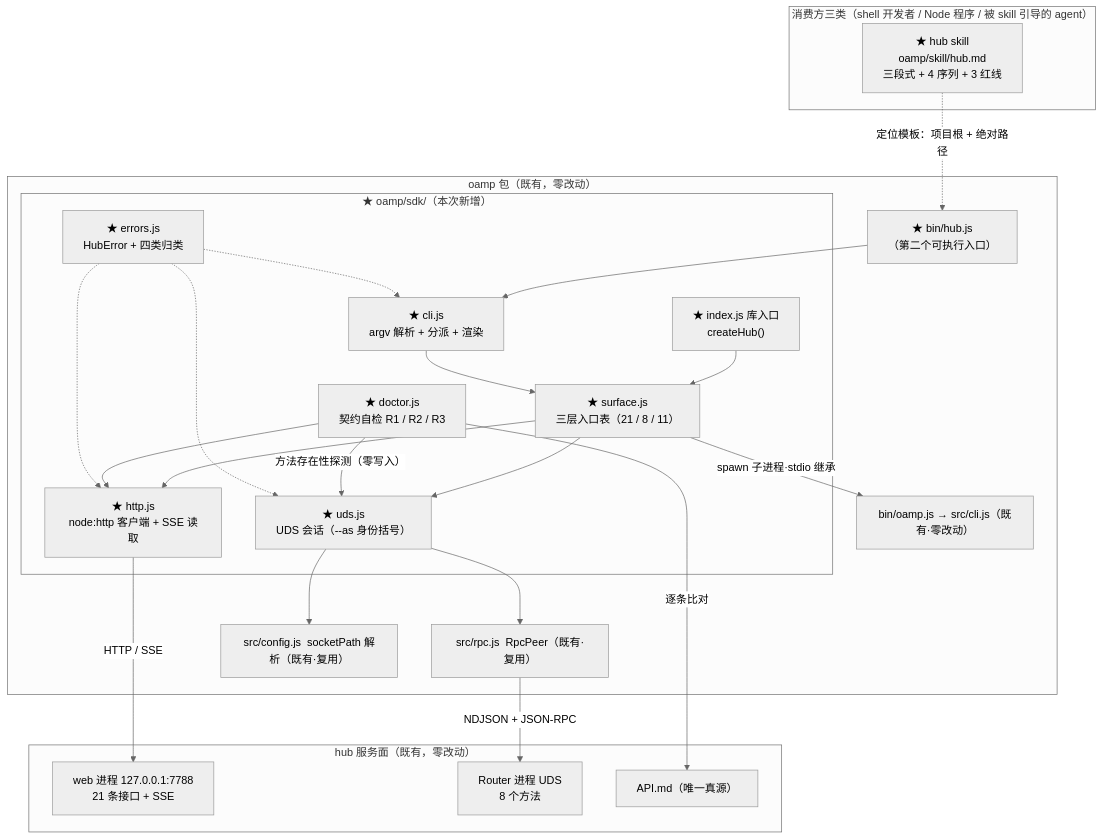
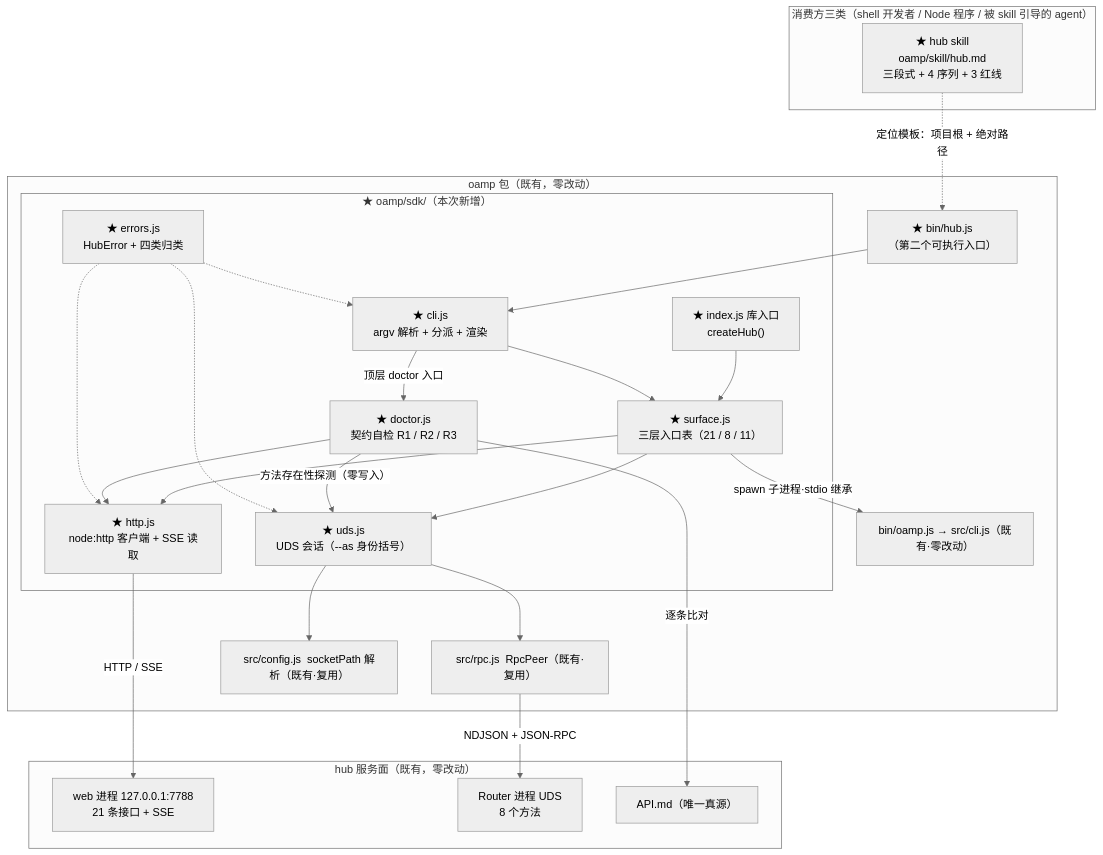
The diagram in docs/iterations/0025-hub-sdk-and-skill/architecture.md (chenchiyuan/agents), drawn with Mermaid (neutral theme) before and after one commit. The commit also changed other lines of this file and 4 other files, not shown here.

````diff
--- a/docs/iterations/0025-hub-sdk-and-skill/architecture.md
+++ b/docs/iterations/0025-hub-sdk-and-skill/architecture.md
@@ -116,46 +116,47 @@
 ```mermaid
 graph TB
   subgraph HOST["消费方三类（shell 开发者 / Node 程序 / 被 skill 引导的 agent）"]
     SK["★ hub skill<br/>oamp/skill/hub.md<br/>三段式 + 4 序列 + 3 红线"]
   end
 
   subgraph PKG["oamp 包（既有，零改动）"]
     subgraph SDK["★ oamp/sdk/（本次新增）"]
       IDX["★ index.js 库入口<br/>createHub()"]
       SUR["★ surface.js<br/>三层入口表（21 / 8 / 11）"]
       CLI["★ cli.js<br/>argv 解析 + 分派 + 渲染"]
       HTTP["★ http.js<br/>node:http 客户端 + SSE 读取"]
       UDS["★ uds.js<br/>UDS 会话（--as 身份括号）"]
       DOC["★ doctor.js<br/>契约自检 R1 / R2 / R3"]
       ERR["★ errors.js<br/>HubError + 四类归类"]
     end
     BIN["★ bin/hub.js<br/>（第二个可执行入口）"]
     RP["src/rpc.js  RpcPeer（既有·复用）"]
     CF["src/config.js  socketPath 解析（既有·复用）"]
     OCLI["bin/oamp.js → src/cli.js（既有·零改动）"]
   end
 
   subgraph SVC["hub 服务面（既有，零改动）"]
     WEB["web 进程 127.0.0.1:7788<br/>21 条接口 + SSE"]
     RTR["Router 进程 UDS<br/>8 个方法"]
     APIDOC["API.md（唯一真源）"]
   end
 
   SK -.->|"定位模板：项目根 + 绝对路径"| BIN
   BIN --> CLI
   IDX --> SUR
   CLI --> SUR
   SUR --> HTTP
   SUR --> UDS
   SUR -->|"spawn 子进程·stdio 继承"| OCLI
   DOC --> HTTP
   DOC -->|"逐条比对"| APIDOC
   DOC -->|"方法存在性探测（零写入）"| UDS
+  CLI -->|"顶层 doctor 入口"| DOC
   HTTP -->|"HTTP / SSE"| WEB
   UDS --> RP
   UDS --> CF
   RP -->|"NDJSON + JSON-RPC"| RTR
   ERR -.-> CLI
   ERR -.-> HTTP
   ERR -.-> UDS
 ```
````
